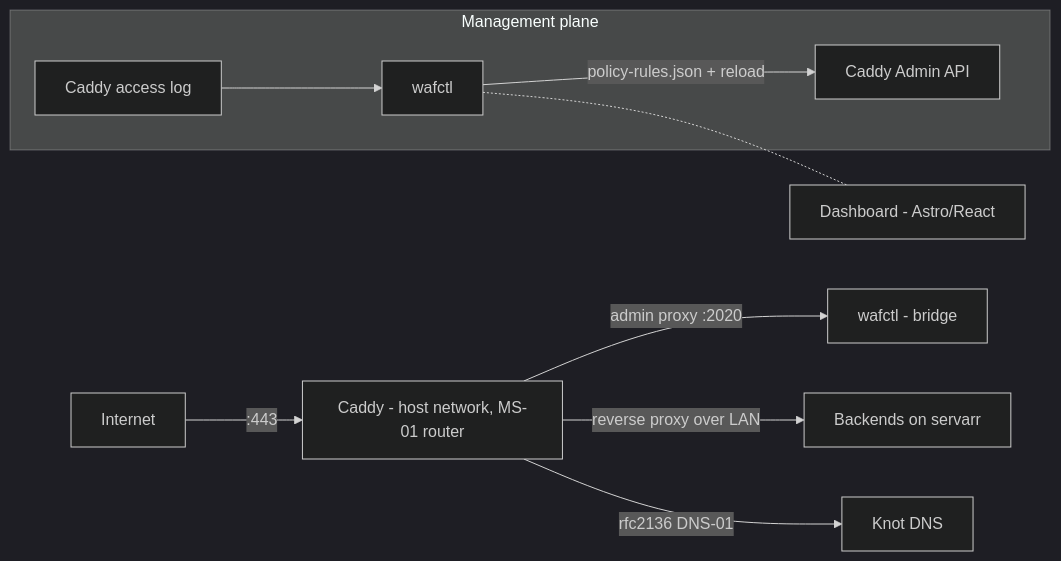
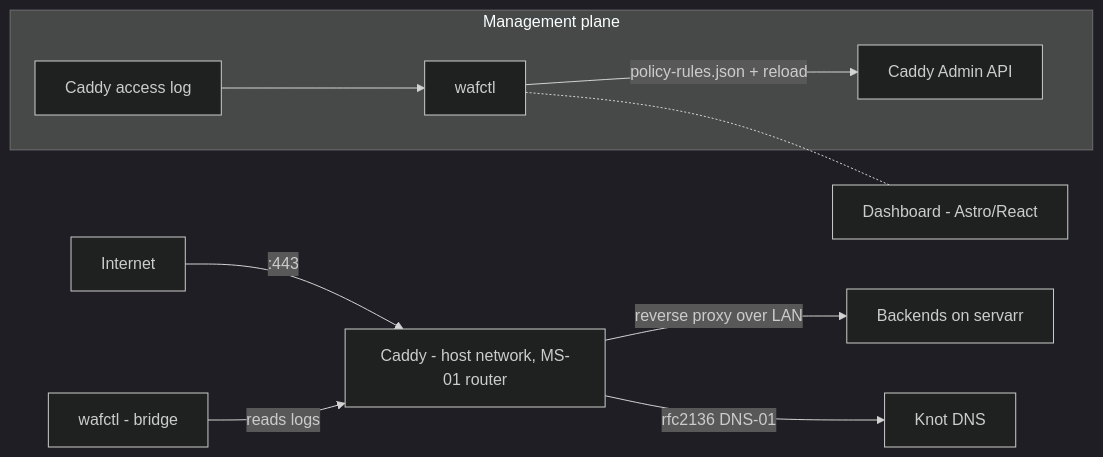
One commit to erfianugrah/caddy-compose changed the diagram in README.md. Above: the diagram before and after it, drawn with Mermaid (dark theme). The commit also changed other lines of this file and 3 other files, not shown here.

````diff
--- a/README.md
+++ b/README.md
@@ -9,14 +9,14 @@
 ```mermaid
 graph LR
     Internet -->|:443| Caddy[Caddy - host network, MS-01 router]
-    Caddy -->|admin proxy :2020| wafctl[wafctl - bridge]
+    wafctl[wafctl - bridge] -->|reads logs| Caddy
     Caddy -->|reverse proxy over LAN| Backends[Backends on servarr]
     Caddy -->|rfc2136 DNS-01| Knot[Knot DNS]
 
     subgraph Management plane
         AccessLog[Caddy access log] --> wafctl2[wafctl]
         wafctl2 -->|policy-rules.json + reload| CaddyAdmin[Caddy Admin API]
     end
 
     wafctl2 -.- Dashboard[Dashboard - Astro/React]
 ```
````
